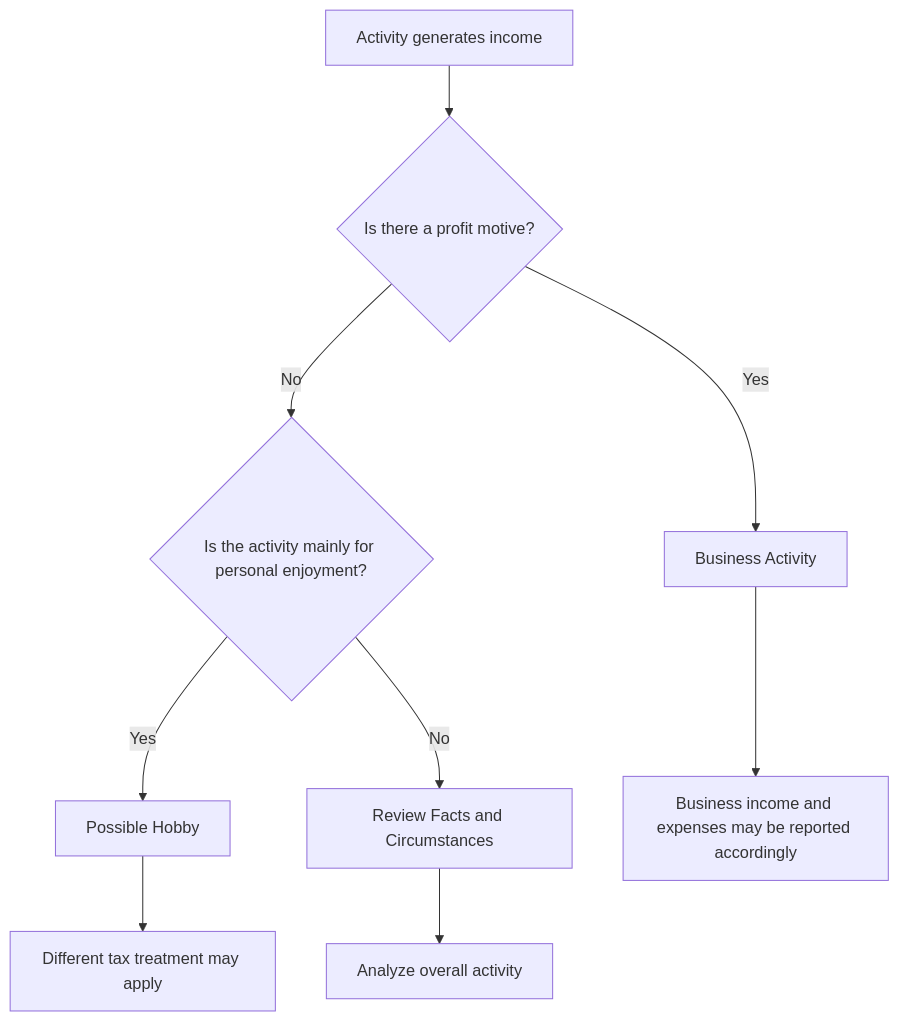
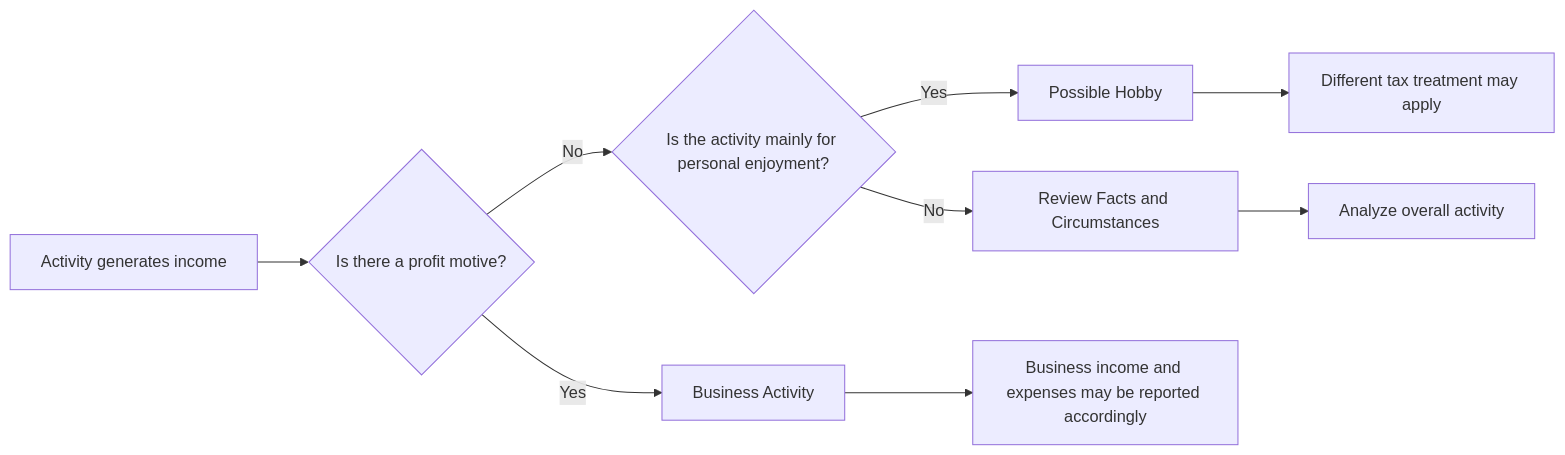
One commit to hema2575/Taxes changed the diagram in qbi-decision-tree.md. Above: the diagram before and after it, drawn with Mermaid.

````diff
--- a/qbi-decision-tree.md
+++ b/qbi-decision-tree.md
@@ -7,14 +7,14 @@
 ```mermaid
-flowchart TD
+flowchart LR
     A[Activity generates income] --> B{Is there a profit motive?}
 
     B -->|Yes| C[Business Activity]
     B -->|No| D{Is the activity mainly for personal enjoyment?}
 
     D -->|Yes| E[Possible Hobby]
     D -->|No| F[Review Facts and Circumstances]
 
     C --> G[Business income and expenses may be reported accordingly]
     E --> H[Different tax treatment may apply]
     F --> I[Analyze overall activity]
 ```
````
